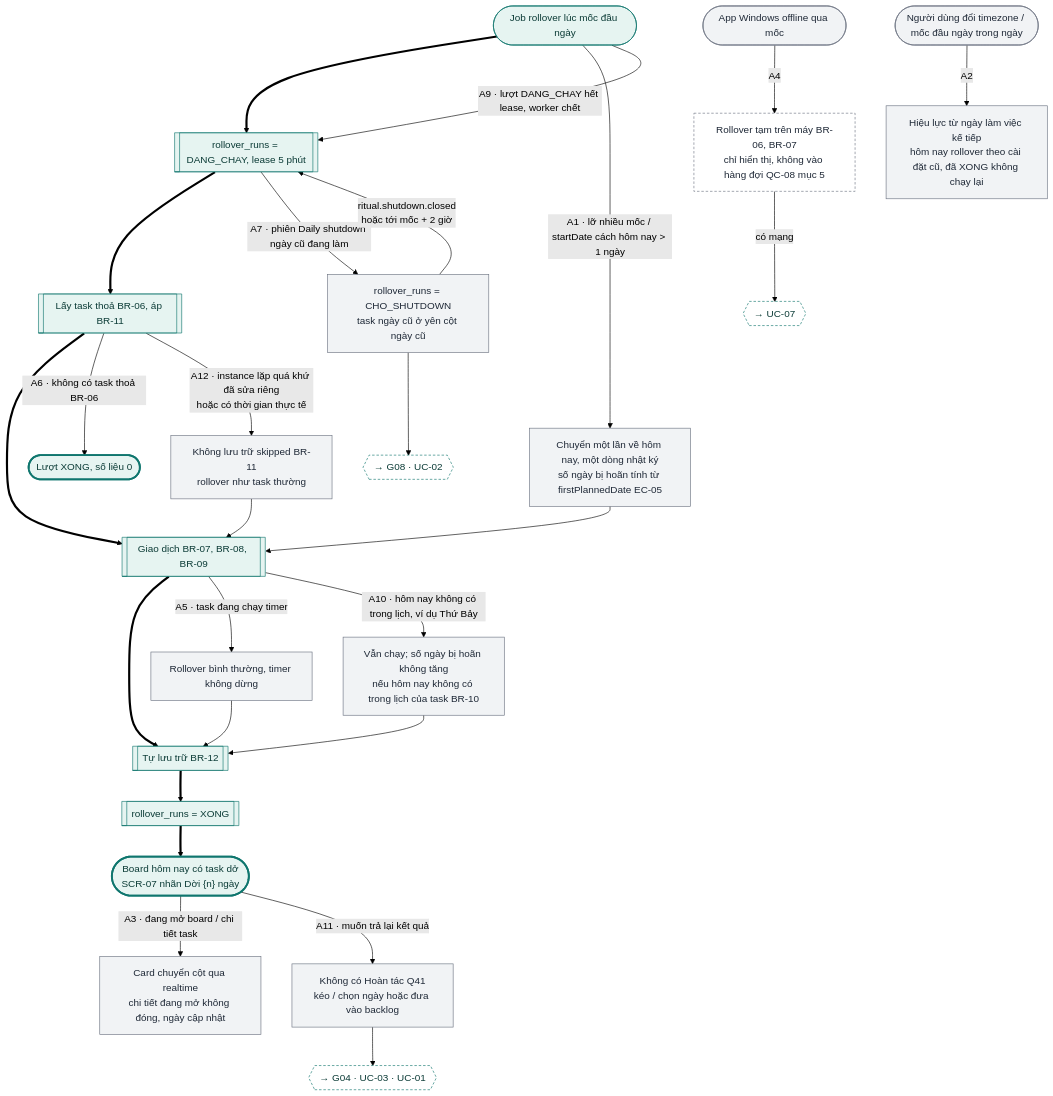
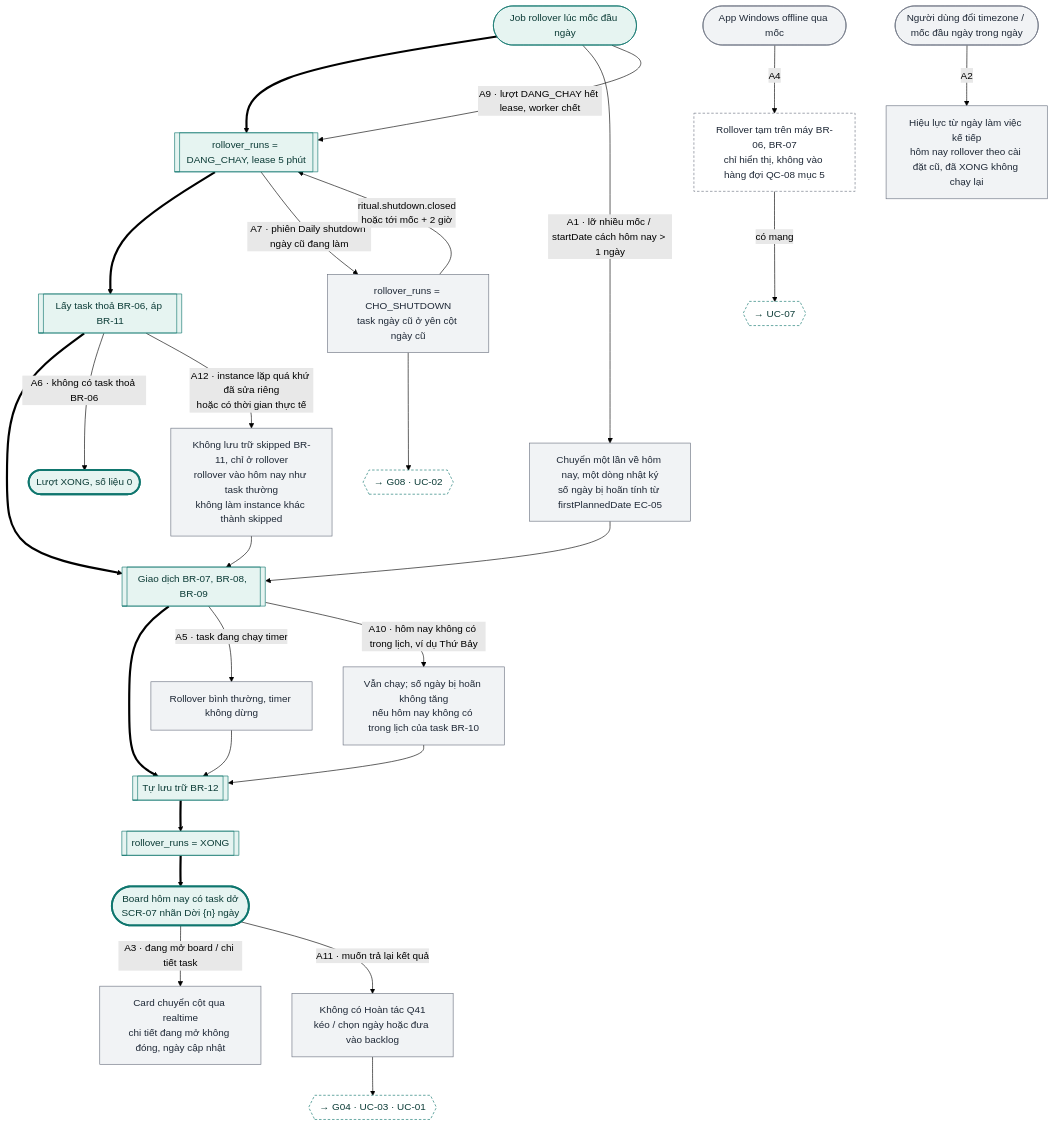
One commit to tannguyenho/personal-app changed the tenth of 18 diagrams in docs/design-brief/flow/g06-backlog-rollover.md. Above: the diagram before and after it, drawn with Mermaid (forest theme). The commit also changed other lines of this file and 6 other files, not shown here.

````diff
--- a/docs/design-brief/flow/g06-backlog-rollover.md
+++ b/docs/design-brief/flow/g06-backlog-rollover.md
@@ -400,46 +413,46 @@
 ```mermaid
 flowchart TD
   start(["Job rollover lúc mốc đầu ngày"])
   p2[["rollover_runs = DANG_CHAY, lease 5 phút"]]
   p3[["Lấy task thoả BR-06, áp BR-11"]]
   p4[["Giao dịch BR-07, BR-08, BR-09"]]
   p5[["Tự lưu trữ BR-12"]]
   p6[["rollover_runs = XONG"]]
   ok(["Board hôm nay có task dở<br/>SCR-07 nhãn Dời {n} ngày"])
   start ==> p2 ==> p3 ==> p4 ==> p5 ==> p6 ==> ok
 
   start -->|"A1 · lỡ nhiều mốc / startDate cách hôm nay > 1 ngày"| a1["Chuyển một lần về hôm nay, một dòng nhật ký<br/>số ngày bị hoãn tính từ firstPlannedDate EC-05"]
   a1 --> p4
   start -->|"A9 · lượt DANG_CHAY hết lease, worker chết"| p2
   p2 -->|"A7 · phiên Daily shutdown ngày cũ đang làm"| a7["rollover_runs = CHO_SHUTDOWN<br/>task ngày cũ ở yên cột ngày cũ"]
   a7 -->|"ritual.shutdown.closed<br/>hoặc tới mốc + 2 giờ"| p2
   a7 --> a7x{{"→ G08 · UC-02"}}
   p3 -->|"A6 · không có task thoả BR-06"| a6(["Lượt XONG, số liệu 0"])
-  p3 -->|"A12 · instance lặp quá khứ đã sửa riêng<br/>hoặc có thời gian thực tế"| a12["Không lưu trữ skipped BR-11<br/>rollover như task thường"]
+  p3 -->|"A12 · instance lặp quá khứ đã sửa riêng<br/>hoặc có thời gian thực tế"| a12["Không lưu trữ skipped BR-11, chỉ ở rollover<br/>rollover vào hôm nay như task thường<br/>không làm instance khác thành skipped"]
   a12 --> p4
   p4 -->|"A5 · task đang chạy timer"| a5["Rollover bình thường, timer không dừng"]
   p4 -->|"A10 · hôm nay không có trong lịch, ví dụ Thứ Bảy"| a10["Vẫn chạy; số ngày bị hoãn không tăng<br/>nếu hôm nay không có trong lịch của task BR-10"]
   a5 --> p5
   a10 --> p5
   ok -->|"A3 · đang mở board / chi tiết task"| a3["Card chuyển cột qua realtime<br/>chi tiết đang mở không đóng, ngày cập nhật"]
   ok -->|"A11 · muốn trả lại kết quả"| a11["Không có Hoàn tác Q41<br/>kéo / chọn ngày hoặc đưa vào backlog"]
   a11 --> a11x{{"→ G04 · UC-03 · UC-01"}}
   a4s(["App Windows offline qua mốc"]) -->|"A4"| a4["Rollover tạm trên máy BR-06, BR-07<br/>chỉ hiển thị, không vào hàng đợi QC-08 mục 5"]
   a4 -->|"có mạng"| a4x{{"→ UC-07"}}
   a2s(["Người dùng đổi timezone / mốc đầu ngày trong ngày"]) -->|"A2"| a2["Hiệu lực từ ngày làm việc kế tiếp<br/>hôm nay rollover theo cài đặt cũ, đã XONG không chạy lại"]
 
   class start,p2,p3,p4,p5,p6 happy
   class a1,a7,a5,a10,a3,a11,a4s,a2s,a2,a12 alt
   class a4 sync
   class a7x,a11x,a4x link
   class ok,a6 done
   classDef happy fill:#E6F4F1,stroke:#0F766E,color:#0B3B36
   classDef alt fill:#F1F3F5,stroke:#6B7280,color:#1F2937
   classDef err fill:#FDECEC,stroke:#B42318,color:#5C1010
   classDef warn fill:#FEF4E2,stroke:#B45309,color:#4A2604
   classDef ai fill:#F1ECFD,stroke:#6D28D9,color:#2E1065
   classDef sync fill:#FFFFFF,stroke:#6B7280,stroke-dasharray:4 3,color:#1F2937
   classDef link fill:#FFFFFF,stroke:#0F766E,stroke-dasharray:4 3,color:#0B3B36
   classDef done fill:#E6F4F1,stroke:#0F766E,stroke-width:3px,color:#0B3B36
   classDef fail fill:#FDECEC,stroke:#B42318,stroke-width:3px,color:#5C1010
 ```
````
